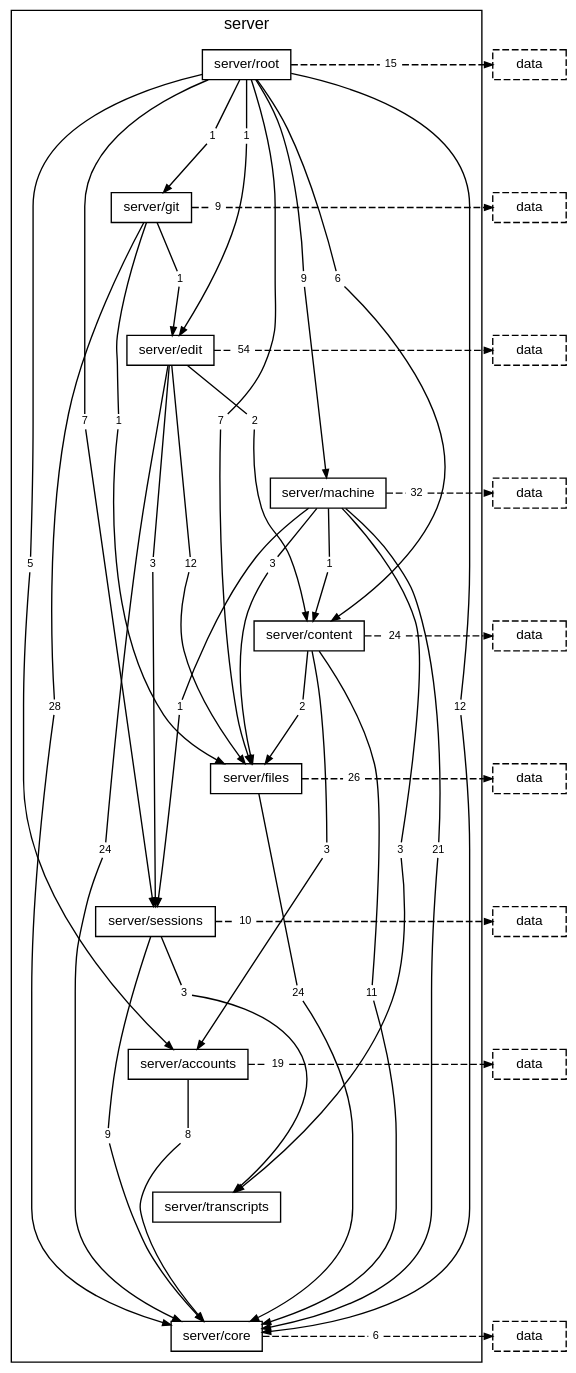
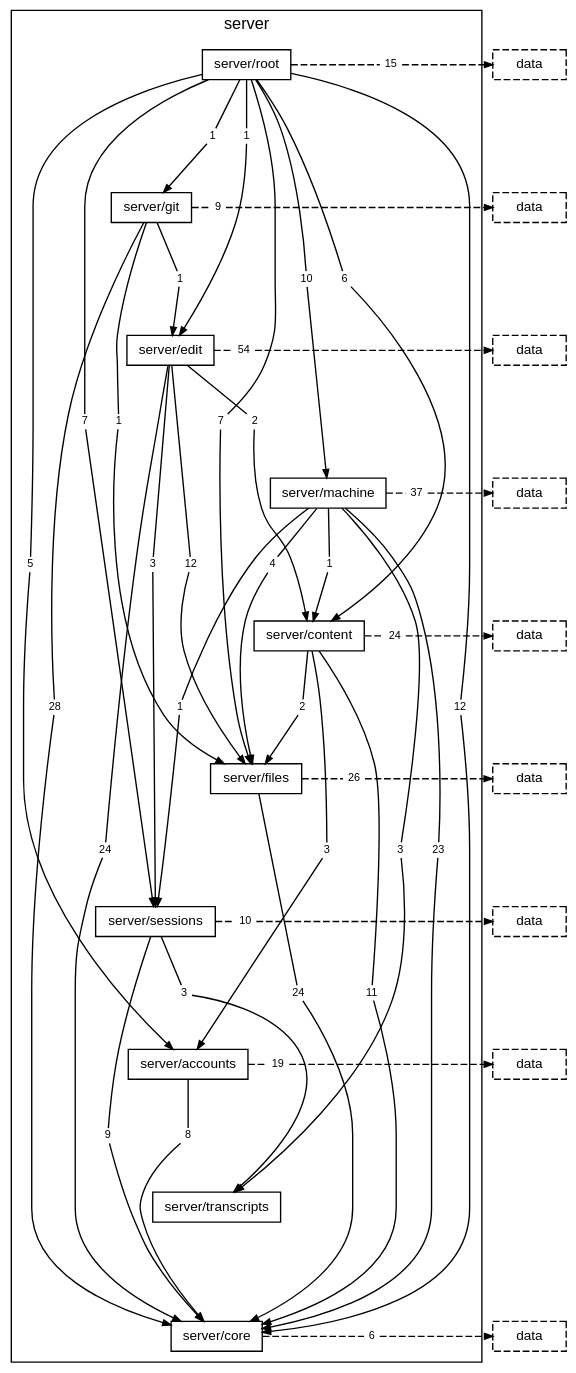
Before and after one commit to TheAxeC/oculus: the diagram in docs/diagrams/layer-server.dot, drawn with Graphviz. The commit also changed 65 other files, not shown here.

```diff
--- a/docs/diagrams/layer-server.dot
+++ b/docs/diagrams/layer-server.dot
@@ -20,7 +20,7 @@
         "folder server/root to folder server/edit" [label="1", shape=box, color="transparent", fontsize=8, width=0, height=0, margin="0.04,0.02"];
         "folder server/root to folder server/files" [label="7", shape=box, color="transparent", fontsize=8, width=0, height=0, margin="0.04,0.02"];
         "folder server/root to folder server/git" [label="1", shape=box, color="transparent", fontsize=8, width=0, height=0, margin="0.04,0.02"];
-        "folder server/root to folder server/machine" [label="9", shape=box, color="transparent", fontsize=8, width=0, height=0, margin="0.04,0.02"];
+        "folder server/root to folder server/machine" [label="10", shape=box, color="transparent", fontsize=8, width=0, height=0, margin="0.04,0.02"];
         "folder server/root to folder server/sessions" [label="7", shape=box, color="transparent", fontsize=8, width=0, height=0, margin="0.04,0.02"];
         "folder server/root to layer data" [label="15", shape=box, color="transparent", fontsize=8, width=0, height=0, margin="0.04,0.02"];
         "folder server/git to folder server/core" [label="28", shape=box, color="transparent", fontsize=8, width=0, height=0, margin="0.04,0.02"];
@@ -33,11 +33,11 @@
         "folder server/edit to folder server/sessions" [label="3", shape=box, color="transparent", fontsize=8, width=0, height=0, margin="0.04,0.02"];
         "folder server/edit to layer data" [label="54", shape=box, color="transparent", fontsize=8, width=0, height=0, margin="0.04,0.02"];
         "folder server/machine to folder server/content" [label="1", shape=box, color="transparent", fontsize=8, width=0, height=0, margin="0.04,0.02"];
-        "folder server/machine to folder server/core" [label="21", shape=box, color="transparent", fontsize=8, width=0, height=0, margin="0.04,0.02"];
-        "folder server/machine to folder server/files" [label="3", shape=box, color="transparent", fontsize=8, width=0, height=0, margin="0.04,0.02"];
+        "folder server/machine to folder server/core" [label="23", shape=box, color="transparent", fontsize=8, width=0, height=0, margin="0.04,0.02"];
+        "folder server/machine to folder server/files" [label="4", shape=box, color="transparent", fontsize=8, width=0, height=0, margin="0.04,0.02"];
         "folder server/machine to folder server/sessions" [label="1", shape=box, color="transparent", fontsize=8, width=0, height=0, margin="0.04,0.02"];
         "folder server/machine to folder server/transcripts" [label="3", shape=box, color="transparent", fontsize=8, width=0, height=0, margin="0.04,0.02"];
-        "folder server/machine to layer data" [label="32", shape=box, color="transparent", fontsize=8, width=0, height=0, margin="0.04,0.02"];
+        "folder server/machine to layer data" [label="37", shape=box, color="transparent", fontsize=8, width=0, height=0, margin="0.04,0.02"];
         "folder server/content to folder server/accounts" [label="3", shape=box, color="transparent", fontsize=8, width=0, height=0, margin="0.04,0.02"];
         "folder server/content to folder server/core" [label="11", shape=box, color="transparent", fontsize=8, width=0, height=0, margin="0.04,0.02"];
         "folder server/content to folder server/files" [label="2", shape=box, color="transparent", fontsize=8, width=0, height=0, margin="0.04,0.02"];
```
